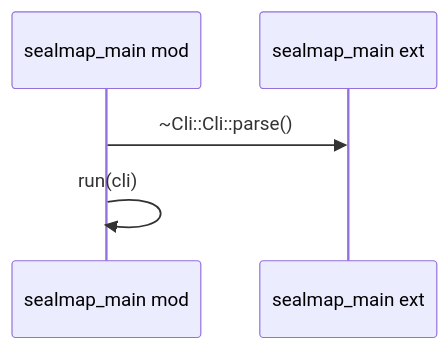
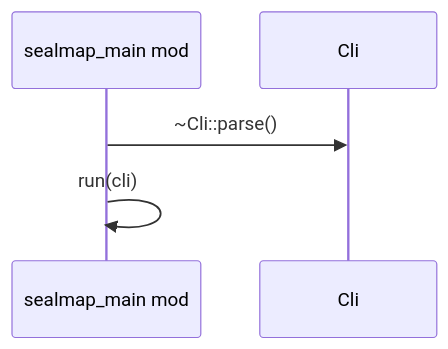
One commit to DreamLab-AI/codemaid changed the second of 4 diagrams in docs/sealmap/crates/sealmap/src/main.rs.md. Above: the diagram before and after it, drawn with Mermaid. The commit also changed other lines of this file and 29 other files, not shown here.

````diff
--- a/docs/sealmap/crates/sealmap/src/main.rs.md
+++ b/docs/sealmap/crates/sealmap/src/main.rs.md
@@ -68,7 +68,7 @@
 ```mermaid
 sequenceDiagram
   participant sealmap_main as sealmap_main mod
-  participant _sealmap_main as sealmap_main ext
-  sealmap_main->>_sealmap_main: ~Cli::Cli::parse()
+  participant sealmap_main___tCli as Cli
+  sealmap_main->>sealmap_main___tCli: ~Cli::parse()
   sealmap_main->>sealmap_main: run(cli)
 ```
````
